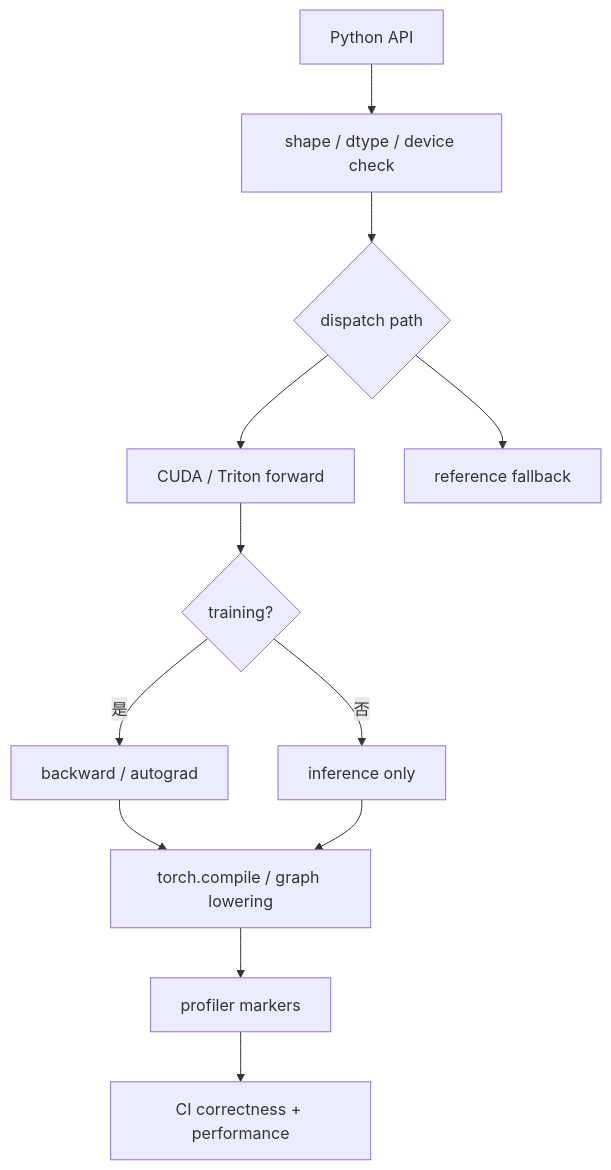
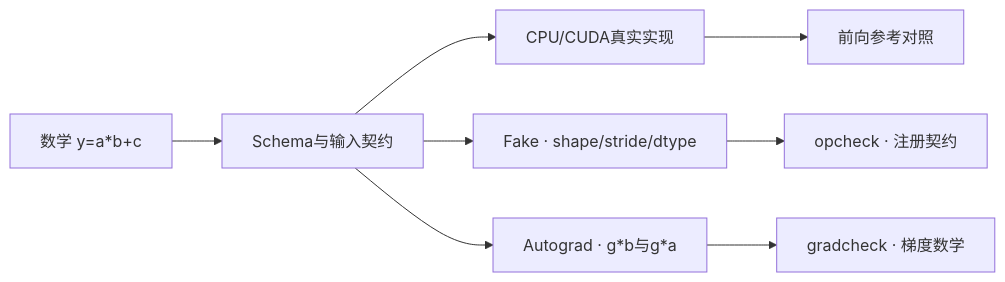
The diagram in files/operators/custom-op-development-and-framework-integration.md (Charles2530/Charles-AI-notes), drawn with Mermaid before and after one commit. The commit also changed other lines of this file and 954 other files, not shown here.

````diff
--- a/files/operators/custom-op-development-and-framework-integration.md
+++ b/files/operators/custom-op-development-and-framework-integration.md
@@ -27,14 +31,10 @@
 ```mermaid
-flowchart TD
-    A["Python API"] --> B["shape / dtype / device check"]
-    B --> C{"dispatch path"}
-    C --> D["CUDA / Triton forward"]
-    C --> E["reference fallback"]
-    D --> F{"training?"}
-    F -- "是" --> G["backward / autograd"]
-    F -- "否" --> H["inference only"]
-    G --> I["torch.compile / graph lowering"]
-    H --> I
-    I --> J["profiler markers"]
-    J --> K["CI correctness + performance"]
+flowchart LR
+  M["数学 y=a*b+c"] --> S["Schema与输入契约"]
+  S --> K["CPU/CUDA真实实现"]
+  S --> F["Fake · shape/stride/dtype"]
+  S --> A["Autograd · g*b与g*a"]
+  K --> T["前向参考对照"]
+  F --> O["opcheck · 注册契约"]
+  A --> G["gradcheck · 梯度数学"]
 ```
````
